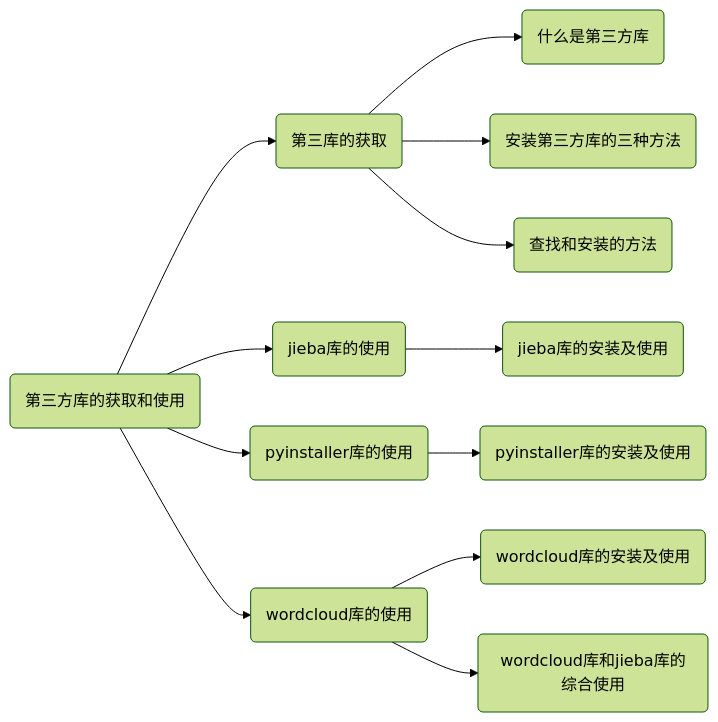
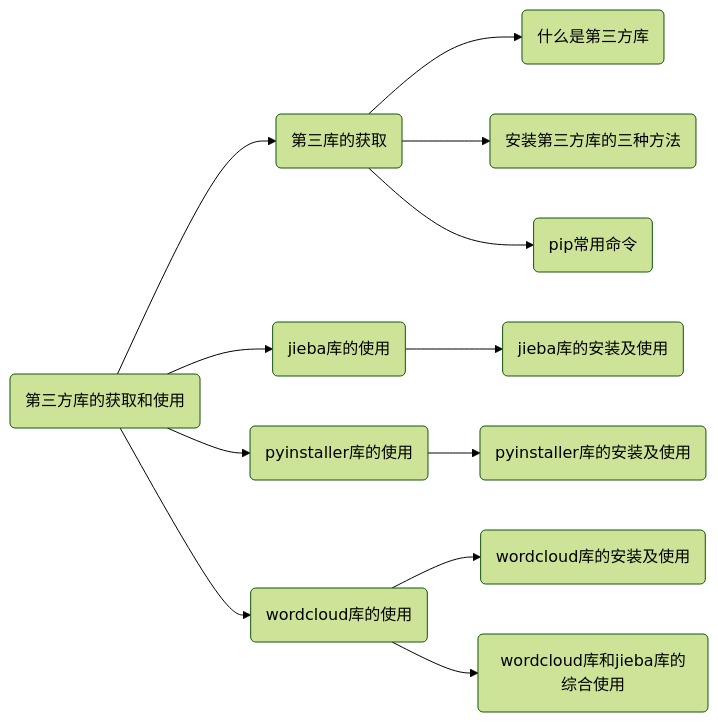
One commit to xliubo/yuhaoweilai changed diagram 12 of 12 in edu/NCT_Python/Py_class2.md. Above: the diagram before and after it, drawn with Mermaid (forest theme). The commit also changed other lines of this file and 4 other files, not shown here.

```diff
--- a/edu/NCT_Python/Py_class2.md
+++ b/edu/NCT_Python/Py_class2.md
@@ -3284,14 +3285,14 @@
 ~~~mermaid
 graph LR
 A(第三方库的获取和使用)-->B(第三库的获取)
 A-->C(jieba库的使用)
 A-->D(pyinstaller库的使用)
 A-->E(wordcloud库的使用)
 B-->X1(什么是第三方库)
 B-->X2(安装第三方库的三种方法)
-B-->X3(查找和安装的方法)
+B-->X3(pip常用命令)
 C-->Y1(jieba库的安装及使用)
 D-->Z1(pyinstaller库的安装及使用)
 E-->Q2(wordcloud库的安装及使用)
 E-->Q1(wordcloud库和jieba库的综合使用)
 ~~~
```
